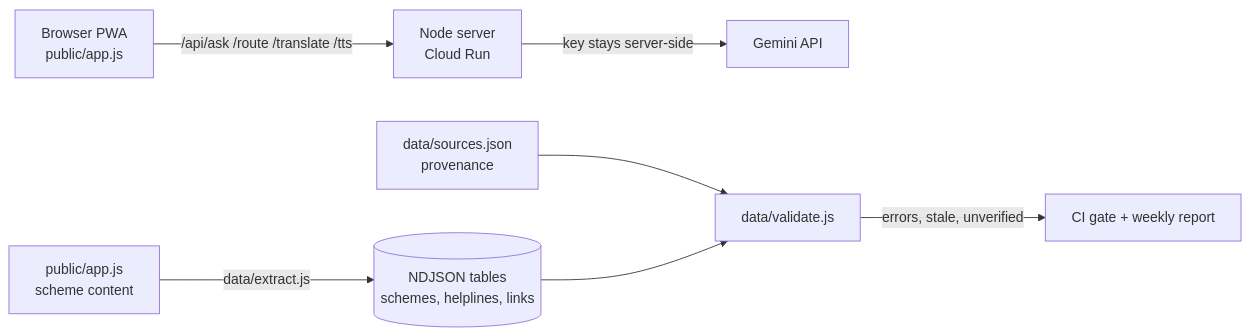
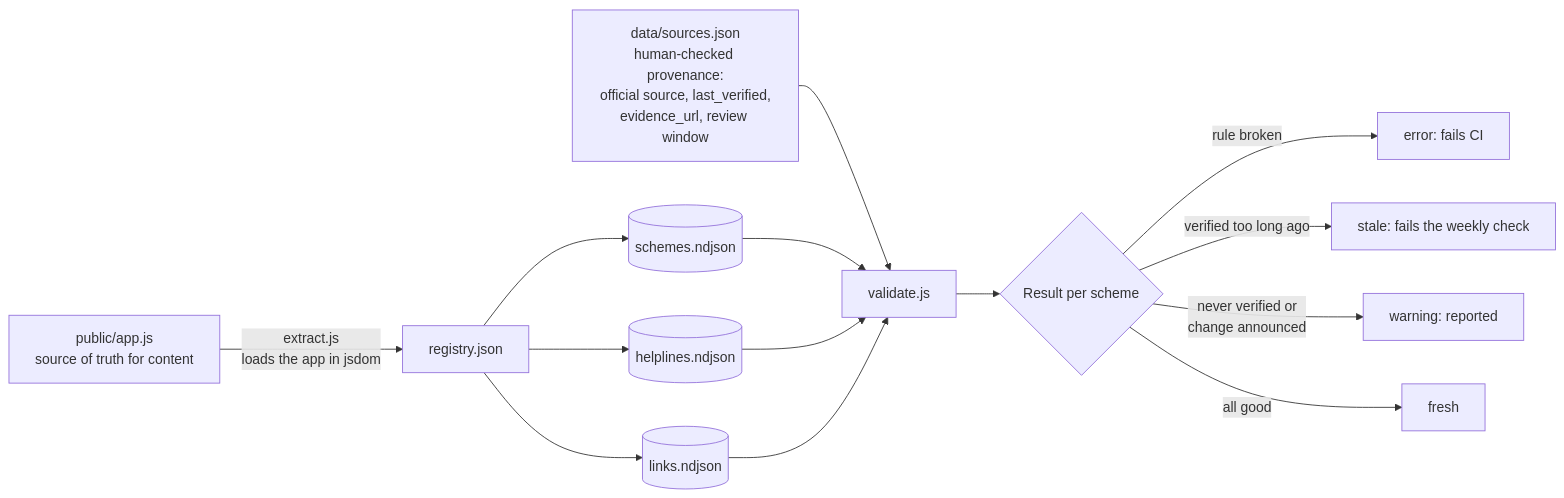
One commit to balamurugangethub/-sakhi-saathi changed diagram 15 of 19 in docs/ARCHITECTURE.md. Above: the diagram before and after it, drawn with Mermaid. The commit also changed other lines of this file and 1 other file, not shown here.

First line of the commit message:
Add architecture diagrams for every flow and algorithm

````diff
--- a/docs/ARCHITECTURE.md
+++ b/docs/ARCHITECTURE.md
@@ -4,9 +409,16 @@
 ```mermaid
 flowchart LR
-  U[Browser PWA<br/>public/app.js] -->|/api/ask /route /translate /tts| S[Node server<br/>Cloud Run]
-  S -->|key stays server-side| G[Gemini API]
-  A[public/app.js<br/>scheme content] -->|data/extract.js| T[(NDJSON tables<br/>schemes, helplines, links)]
-  M[data/sources.json<br/>provenance] --> V[data/validate.js]
-  T --> V
-  V -->|errors, stale, unverified| R[CI gate + weekly report]
+  app["public/app.js<br/>source of truth for content"] -- "extract.js<br/>loads the app in jsdom" --> reg["registry.json"]
+  reg --> sch[("schemes.ndjson")]
+  reg --> hl[("helplines.ndjson")]
+  reg --> ln[("links.ndjson")]
+  src["data/sources.json<br/>human-checked provenance:<br/>official source, last_verified,<br/>evidence_url, review window"] --> val["validate.js"]
+  sch --> val
+  hl --> val
+  ln --> val
+  val --> res{"Result per scheme"}
+  res -- "rule broken" --> err["error: fails CI"]
+  res -- "verified too long ago" --> stale["stale: fails the weekly check"]
+  res -- "never verified or<br/>change announced" --> warn["warning: reported"]
+  res -- "all good" --> fresh["fresh"]
 ```
````
